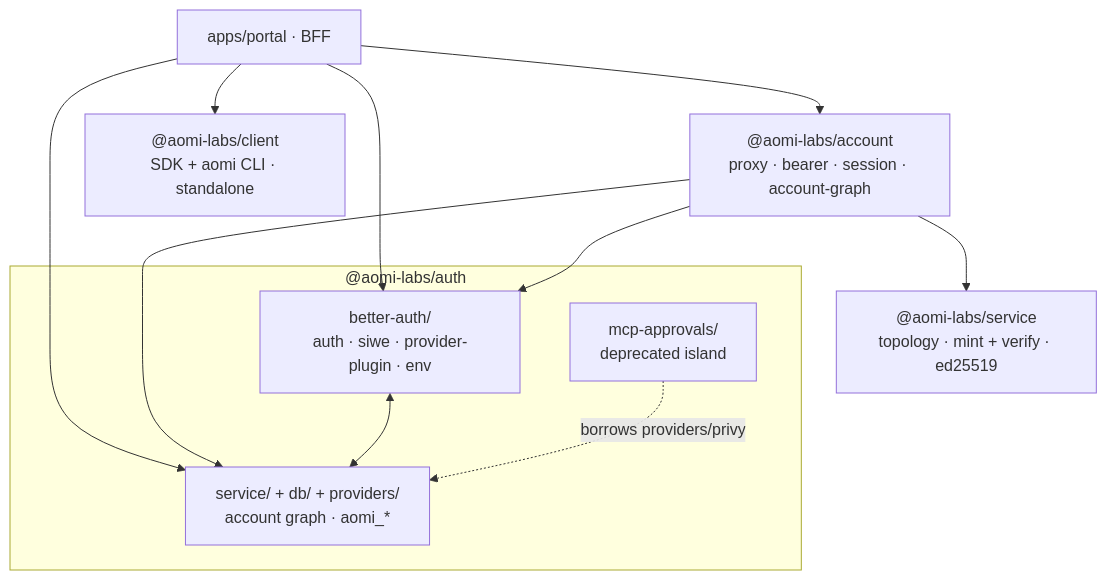
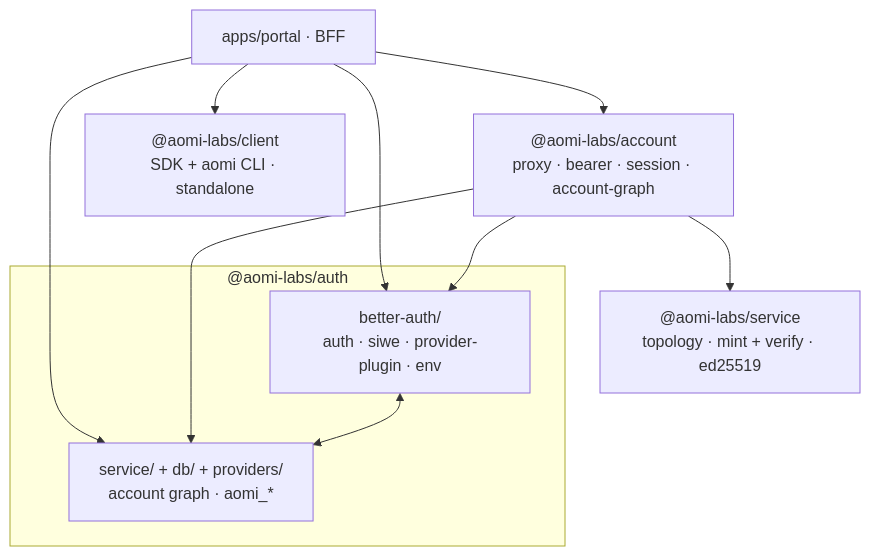
Before and after one commit to aomi-labs/aomi-widget: the eighth of 8 diagrams in specs/AUTH-STACK-REVIEW.md, drawn with Mermaid. The commit also changed other lines of this file and 30 other files, not shown here.

````diff
--- a/specs/AUTH-STACK-REVIEW.md
+++ b/specs/AUTH-STACK-REVIEW.md
@@ -446,21 +445,19 @@
 ```mermaid
 flowchart TB
   PORTAL["apps/portal · BFF"]
   ACC["@aomi-labs/account<br/>proxy · bearer · session · account-graph"]
   SVC["@aomi-labs/service<br/>topology · mint + verify · ed25519"]
   CLI2["@aomi-labs/client<br/>SDK + aomi CLI · standalone"]
   subgraph AUTH["@aomi-labs/auth"]
     BA2["better-auth/<br/>auth · siwe · provider-plugin · env"]
     GRAPH["service/ + db/ + providers/<br/>account graph · aomi_*"]
-    MCP["mcp-approvals/<br/>deprecated island"]
   end
   PORTAL --> ACC
   PORTAL --> CLI2
   PORTAL --> BA2
   PORTAL --> GRAPH
   ACC --> SVC
   ACC --> BA2
   ACC --> GRAPH
   BA2 <--> GRAPH
-  MCP -. "borrows providers/privy" .-> GRAPH
 ```
````
